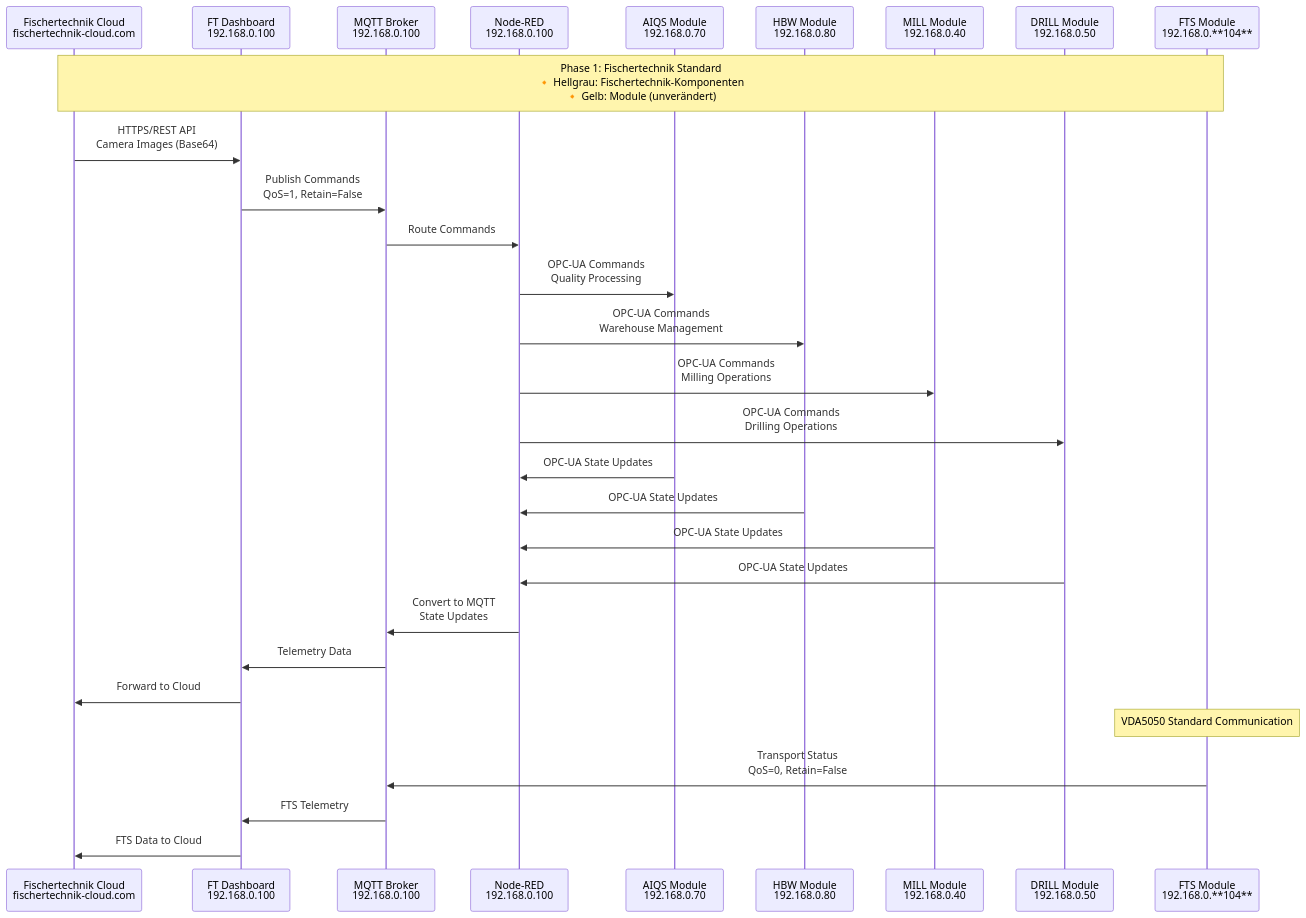
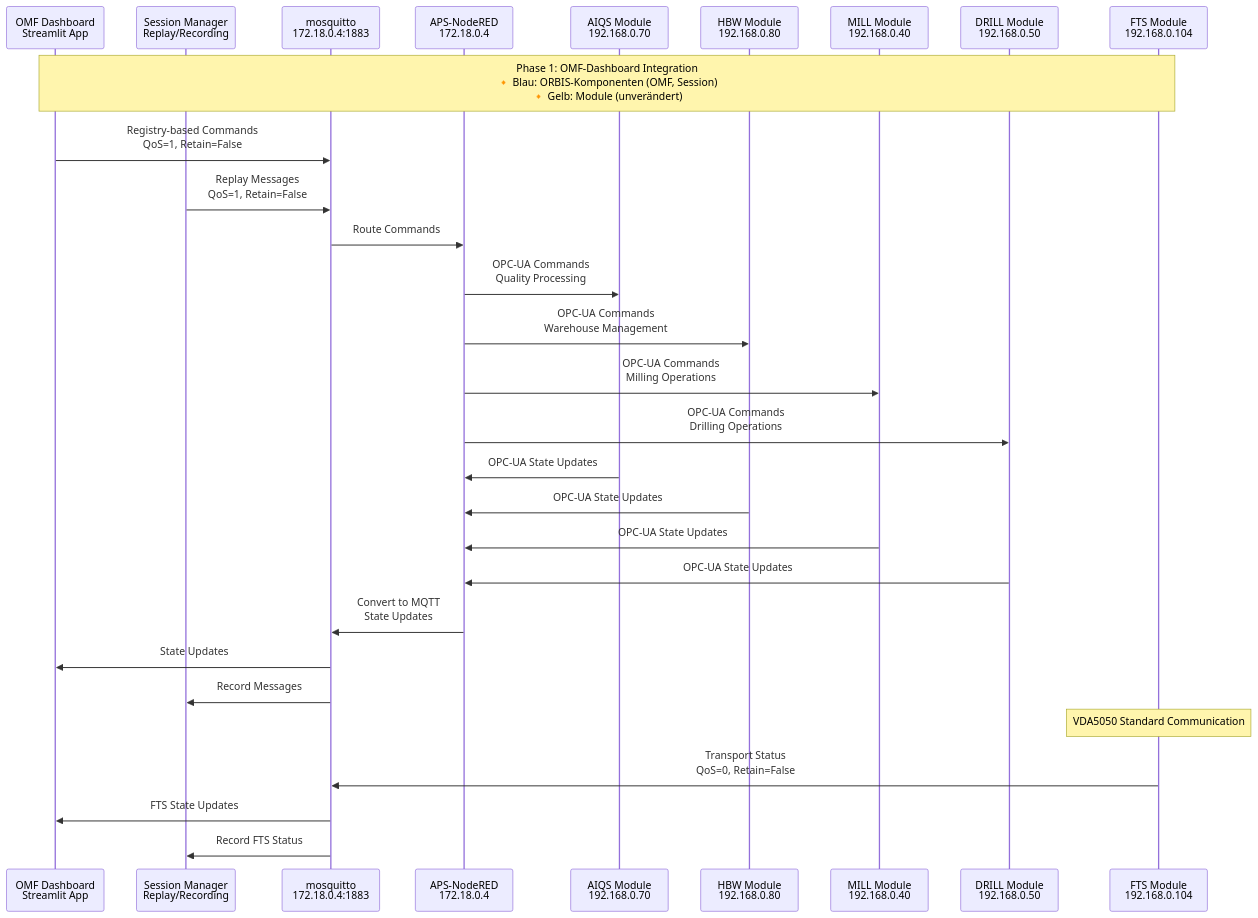
The third of 6 diagrams in docs/02-architecture/message-flow.md (OliverBerger-ORBIS/ORBIS-Modellfabrik), drawn with Mermaid before and after one commit. The commit also changed other lines of this file and 12 other files, not shown here.

````diff
--- a/docs/02-architecture/message-flow.md
+++ b/docs/02-architecture/message-flow.md
@@ -48,37 +48,37 @@
 ```mermaid
 sequenceDiagram
-    participant FTC as Fischertechnik Cloud<br/>fischertechnik-cloud.com
-    participant FT_DASH as FT Dashboard<br/>192.168.0.100
-    participant MQTT as MQTT Broker<br/>192.168.0.100
-    participant NR as Node-RED<br/>192.168.0.100
+    participant OMF_DASH as OMF Dashboard<br/>Streamlit App
+    participant SESSION as Session Manager<br/>Replay/Recording
+    participant MQTT as mosquitto<br/>172.18.0.4:1883
+    participant NR as APS-NodeRED<br/>172.18.0.4
     participant AIQS as AIQS Module<br/>192.168.0.70
     participant HBW as HBW Module<br/>192.168.0.80
     participant MILL as MILL Module<br/>192.168.0.40
     participant DRILL as DRILL Module<br/>192.168.0.50
-    participant FTS as FTS Module<br/>192.168.0.**104**
+    participant FTS as FTS Module<br/>192.168.0.104
     
-    Note over FTC,FTS: Phase 1: Fischertechnik Standard<br/>🔸 Hellgrau: Fischertechnik-Komponenten<br/>🔸 Gelb: Module (unverändert)
+    Note over OMF_DASH,FTS: Phase 1: OMF-Dashboard Integration<br/>🔸 Blau: ORBIS-Komponenten (OMF, Session)<br/>🔸 Gelb: Module (unverändert)
     
-    FTC->>FT_DASH: HTTPS/REST API<br/>Camera Images (Base64)
-    FT_DASH->>MQTT: Publish Commands<br/>QoS=1, Retain=False
+    OMF_DASH->>MQTT: Registry-based Commands<br/>QoS=1, Retain=False
+    SESSION->>MQTT: Replay Messages<br/>QoS=1, Retain=False
     
     MQTT->>NR: Route Commands
     NR->>AIQS: OPC-UA Commands<br/>Quality Processing
     NR->>HBW: OPC-UA Commands<br/>Warehouse Management
     NR->>MILL: OPC-UA Commands<br/>Milling Operations
     NR->>DRILL: OPC-UA Commands<br/>Drilling Operations
     
     AIQS->>NR: OPC-UA State Updates
     HBW->>NR: OPC-UA State Updates
     MILL->>NR: OPC-UA State Updates
     DRILL->>NR: OPC-UA State Updates
     
     NR->>MQTT: Convert to MQTT<br/>State Updates
-    MQTT->>FT_DASH: Telemetry Data
-    FT_DASH->>FTC: Forward to Cloud
+    MQTT->>OMF_DASH: State Updates
+    MQTT->>SESSION: Record Messages
     
     Note over FTS: VDA5050 Standard Communication
     FTS->>MQTT: Transport Status<br/>QoS=0, Retain=False
-    MQTT->>FT_DASH: FTS Telemetry
-    FT_DASH->>FTC: FTS Data to Cloud
+    MQTT->>OMF_DASH: FTS State Updates
+    MQTT->>SESSION: Record FTS Status
 ```
````
